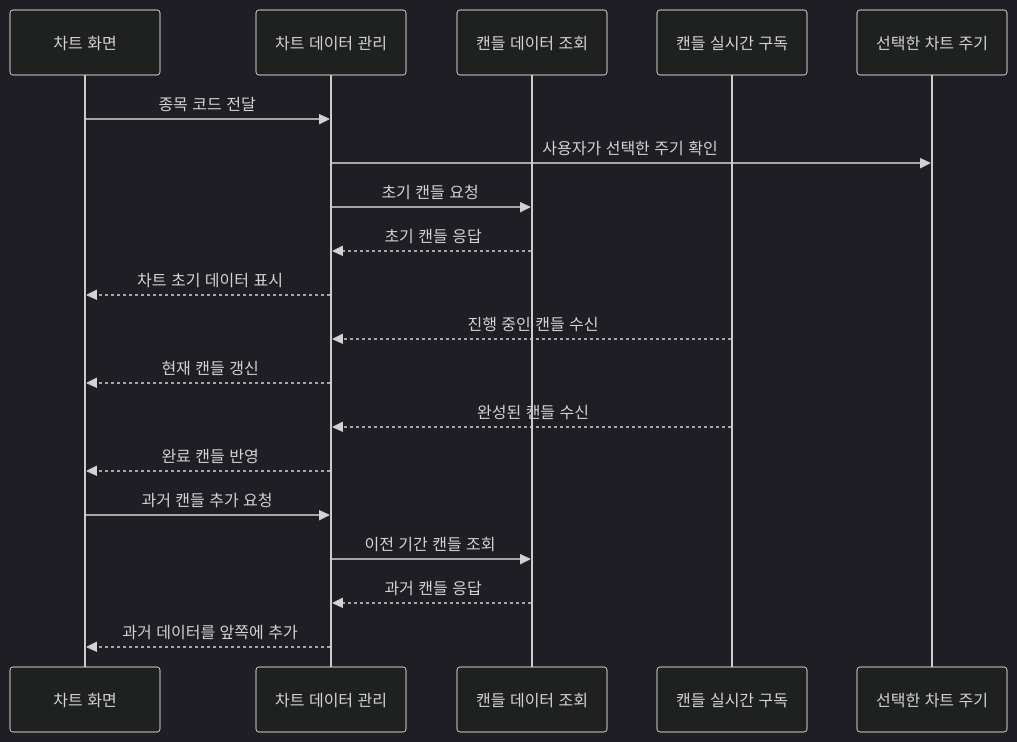
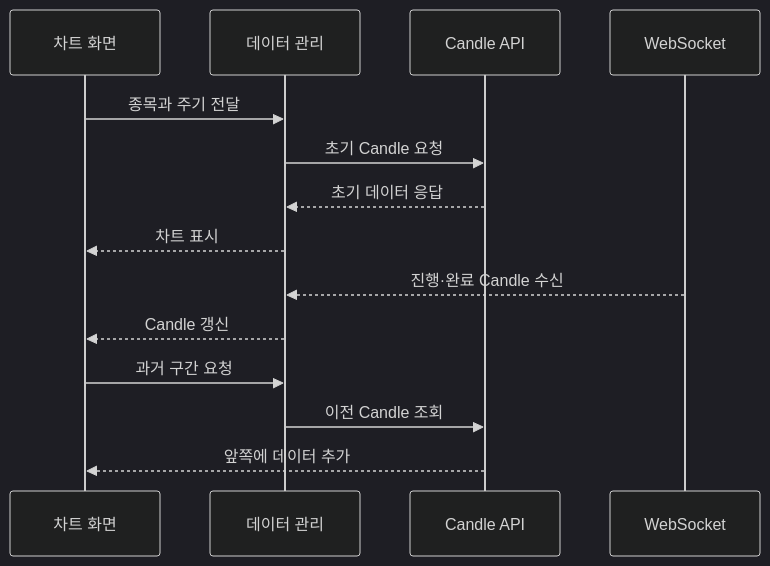
Before and after one commit to poi277/StockProject: the diagram in StockFrontEnd/docs/04-chart.md, drawn with Mermaid (dark theme). The commit also changed other lines of this file and 49 other files, not shown here.

````diff
--- a/StockFrontEnd/docs/04-chart.md
+++ b/StockFrontEnd/docs/04-chart.md
@@ -110,22 +217,16 @@
 ```mermaid
 sequenceDiagram
   participant Chart as 차트 화면
-  participant Flow as 차트 데이터 관리
-  participant API as 캔들 데이터 조회
-  participant WS as 캔들 실시간 구독
-  participant Store as 선택한 차트 주기
-
-  Chart->>Flow: 종목 코드 전달
-  Flow->>Store: 사용자가 선택한 주기 확인
-  Flow->>API: 초기 캔들 요청
-  API-->>Flow: 초기 캔들 응답
-  Flow-->>Chart: 차트 초기 데이터 표시
-  WS-->>Flow: 진행 중인 캔들 수신
-  Flow-->>Chart: 현재 캔들 갱신
-  WS-->>Flow: 완성된 캔들 수신
-  Flow-->>Chart: 완료 캔들 반영
-  Chart->>Flow: 과거 캔들 추가 요청
-  Flow->>API: 이전 기간 캔들 조회
-  API-->>Flow: 과거 캔들 응답
-  Flow-->>Chart: 과거 데이터를 앞쪽에 추가
+  participant Flow as 데이터 관리
+  participant API as Candle API
+  participant WS as WebSocket
+  Chart->>Flow: 종목과 주기 전달
+  Flow->>API: 초기 Candle 요청
+  API-->>Flow: 초기 데이터 응답
+  Flow-->>Chart: 차트 표시
+  WS-->>Flow: 진행·완료 Candle 수신
+  Flow-->>Chart: Candle 갱신
+  Chart->>Flow: 과거 구간 요청
+  Flow->>API: 이전 Candle 조회
+  API-->>Chart: 앞쪽에 데이터 추가
 ```
````
